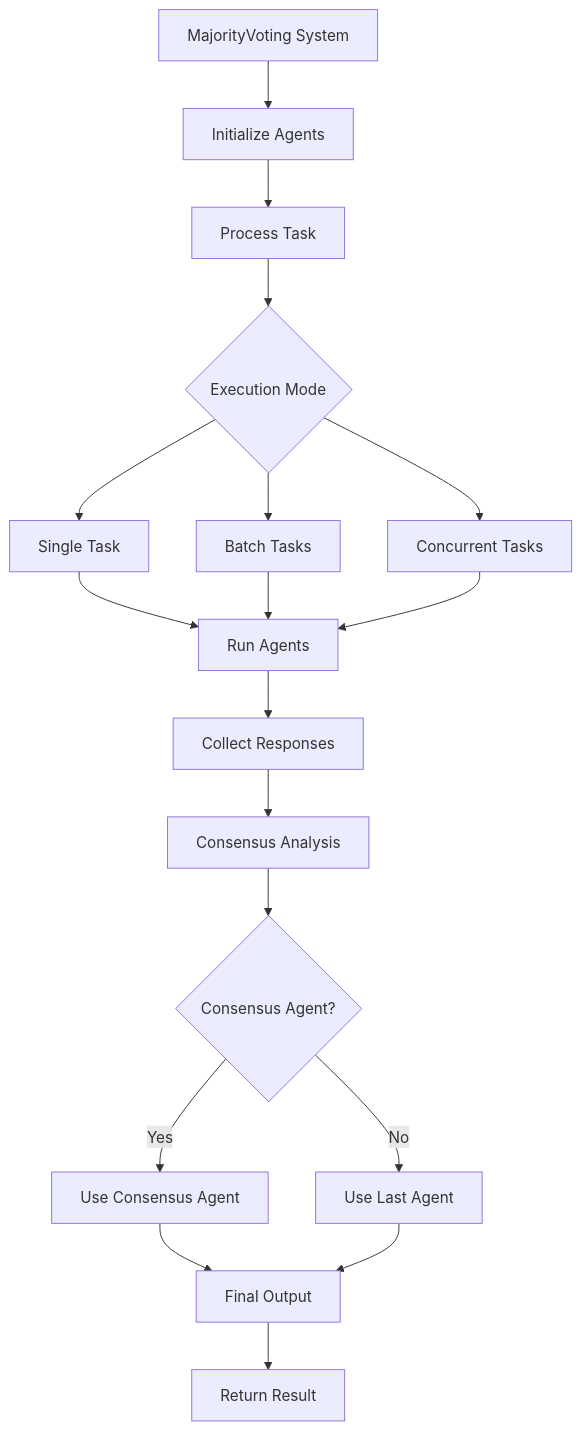
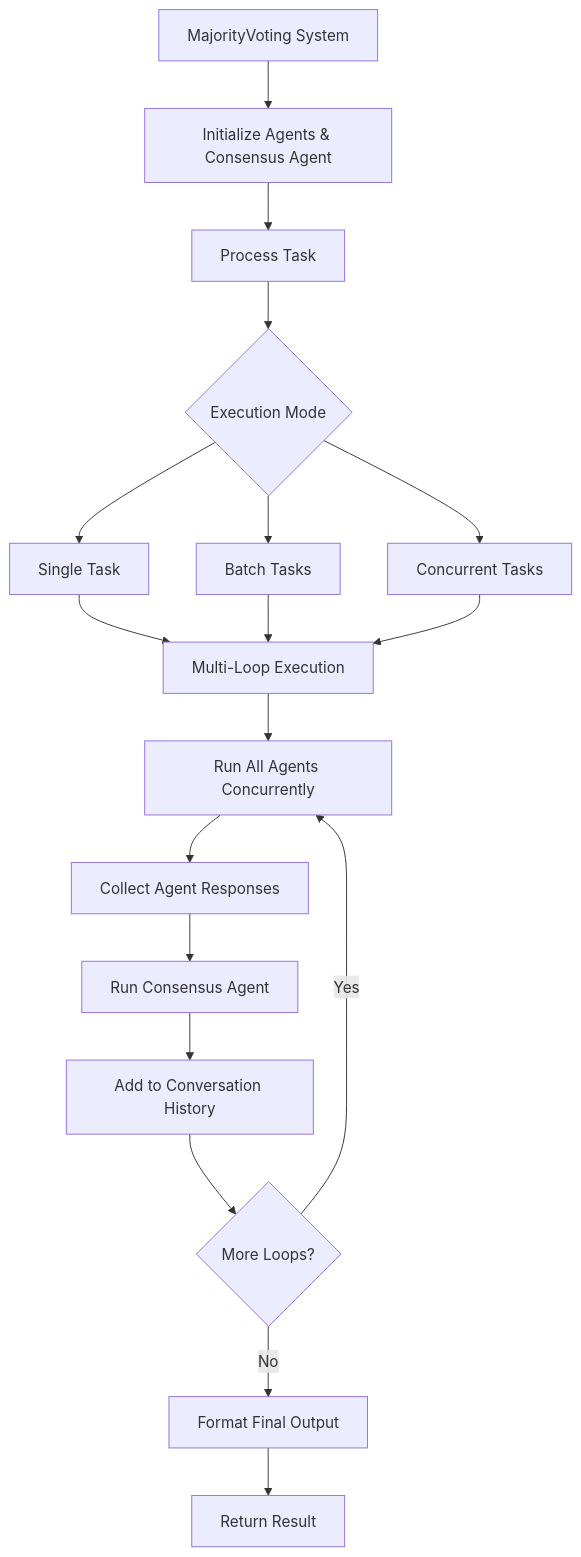
Before and after one commit to kyegomez/swarms: the diagram in docs/swarms/structs/majorityvoting.md, drawn with Mermaid. The commit also changed other lines of this file and 6 other files, not shown here.

Commit message:
[MAJORITYVOTING][DOCS][Improve Majority Voting docs]

````diff
--- a/docs/swarms/structs/majorityvoting.md
+++ b/docs/swarms/structs/majorityvoting.md
@@ -7,20 +7,20 @@
 ```mermaid
 graph TD
-    A[MajorityVoting System] --> B[Initialize Agents]
+    A[MajorityVoting System] --> B[Initialize Agents & Consensus Agent]
     B --> C[Process Task]
     C --> D{Execution Mode}
     D --> E[Single Task]
     D --> F[Batch Tasks]
     D --> G[Concurrent Tasks]
-    E --> H[Run Agents]
+    E --> H[Multi-Loop Execution]
     F --> H
     G --> H
-    H --> I[Collect Responses]
-    I --> J[Consensus Analysis]
-    J --> K{Consensus Agent?}
-    K -->|Yes| L[Use Consensus Agent]
-    K -->|No| M[Use Last Agent]
-    L --> N[Final Output]
-    M --> N
+    H --> I[Run All Agents Concurrently]
+    I --> J[Collect Agent Responses]
+    J --> K[Run Consensus Agent]
+    K --> L[Add to Conversation History]
+    L --> M{More Loops?}
+    M -->|Yes| I
+    M -->|No| N[Format Final Output]
     N --> O[Return Result]
 ```
````
